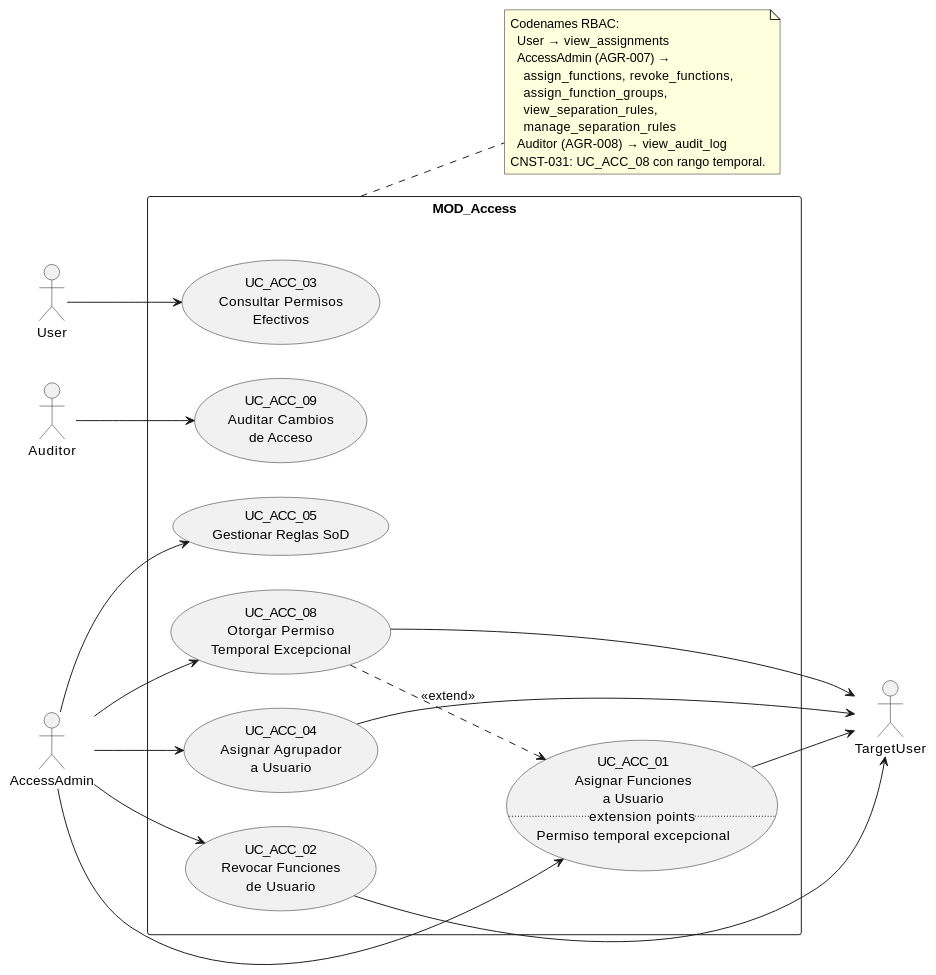
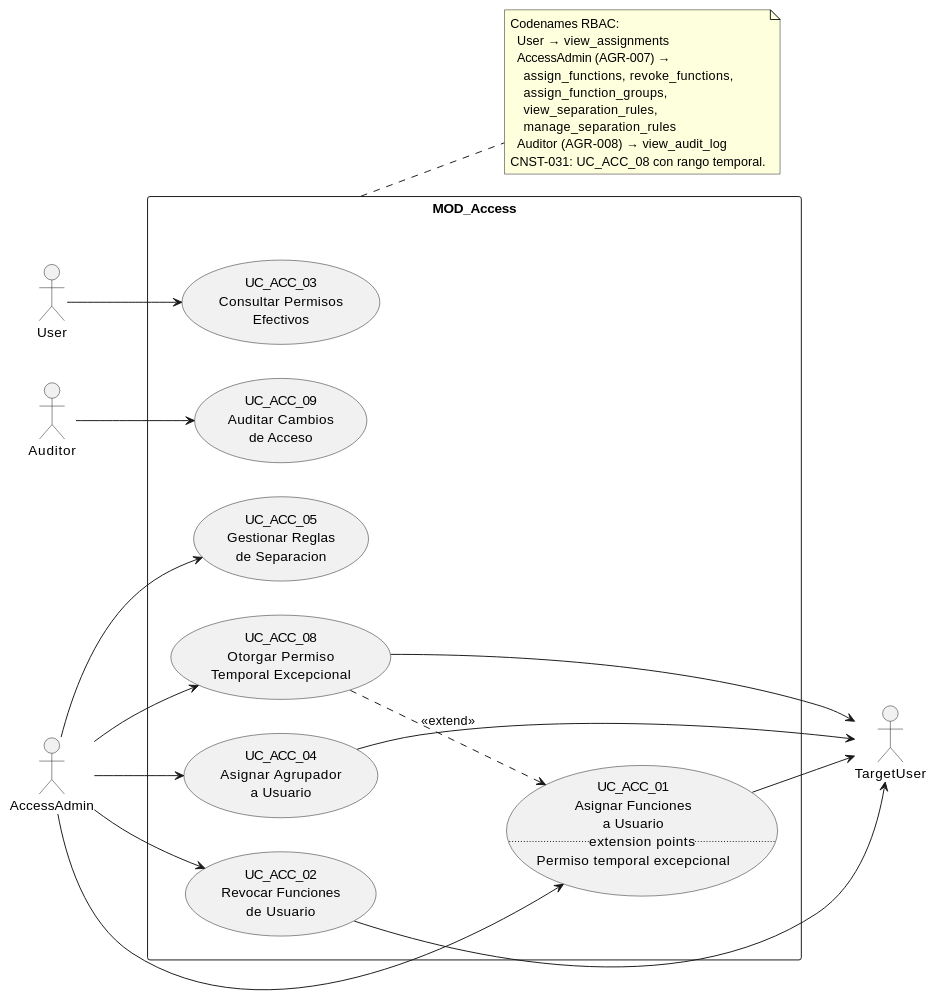
The diagram in source/arquitectura-tecnica/use-case-view/access/index.rst (jcg-admin/IACT-docs), drawn with PlantUML before and after one commit. The commit also changed other lines of this file and 1 other file, not shown here.

First line of the commit message:
Rename uc-acc-05 file and update access cluster refs

```diff
--- a/source/arquitectura-tecnica/use-case-view/access/index.rst
+++ b/source/arquitectura-tecnica/use-case-view/access/index.rst
@@ -24,50 +24,50 @@
 .. uml::
  :caption: MOD_Access — AccessAdmin gestiona asignaciones;
            Auditor lee.
 
  @startuml
  left to right direction
 
  actor User
  actor AccessAdmin
  actor Auditor
 
  actor TargetUser
 
  rectangle "MOD_Access" as MOD_Access {
    usecase "UC_ACC_01\nAsignar Funciones\na Usuario\n.. extension points ..\nPermiso temporal excepcional" as UC_ACC_01
    usecase "UC_ACC_02\nRevocar Funciones\nde Usuario" as UC_ACC_02
    usecase "UC_ACC_03\nConsultar Permisos\nEfectivos" as UC_ACC_03
    usecase "UC_ACC_04\nAsignar Agrupador\na Usuario" as UC_ACC_04
-   usecase "UC_ACC_05\nGestionar Reglas SoD" as UC_ACC_05
+   usecase "UC_ACC_05\nGestionar Reglas\nde Separacion" as UC_ACC_05
    usecase "UC_ACC_08\nOtorgar Permiso\nTemporal Excepcional" as UC_ACC_08
    usecase "UC_ACC_09\nAuditar Cambios\nde Acceso" as UC_ACC_09
  }
 
  User        --> UC_ACC_03
  AccessAdmin --> UC_ACC_01
  AccessAdmin --> UC_ACC_02
  AccessAdmin --> UC_ACC_04
  AccessAdmin --> UC_ACC_05
  AccessAdmin --> UC_ACC_08
  Auditor     --> UC_ACC_09
 
  UC_ACC_08 ..> UC_ACC_01 : <<extend>>
  UC_ACC_01 --> TargetUser
  UC_ACC_02 --> TargetUser
  UC_ACC_04 --> TargetUser
  UC_ACC_08 --> TargetUser
 
  note right of MOD_Access
    Codenames RBAC:
      User → view_assignments
      AccessAdmin (AGR-007) →
        assign_functions, revoke_functions,
        assign_function_groups,
        view_separation_rules,
        manage_separation_rules
      Auditor (AGR-008) → view_audit_log
    CNST-031: UC_ACC_08 con rango temporal.
  end note
 
  @enduml
```
